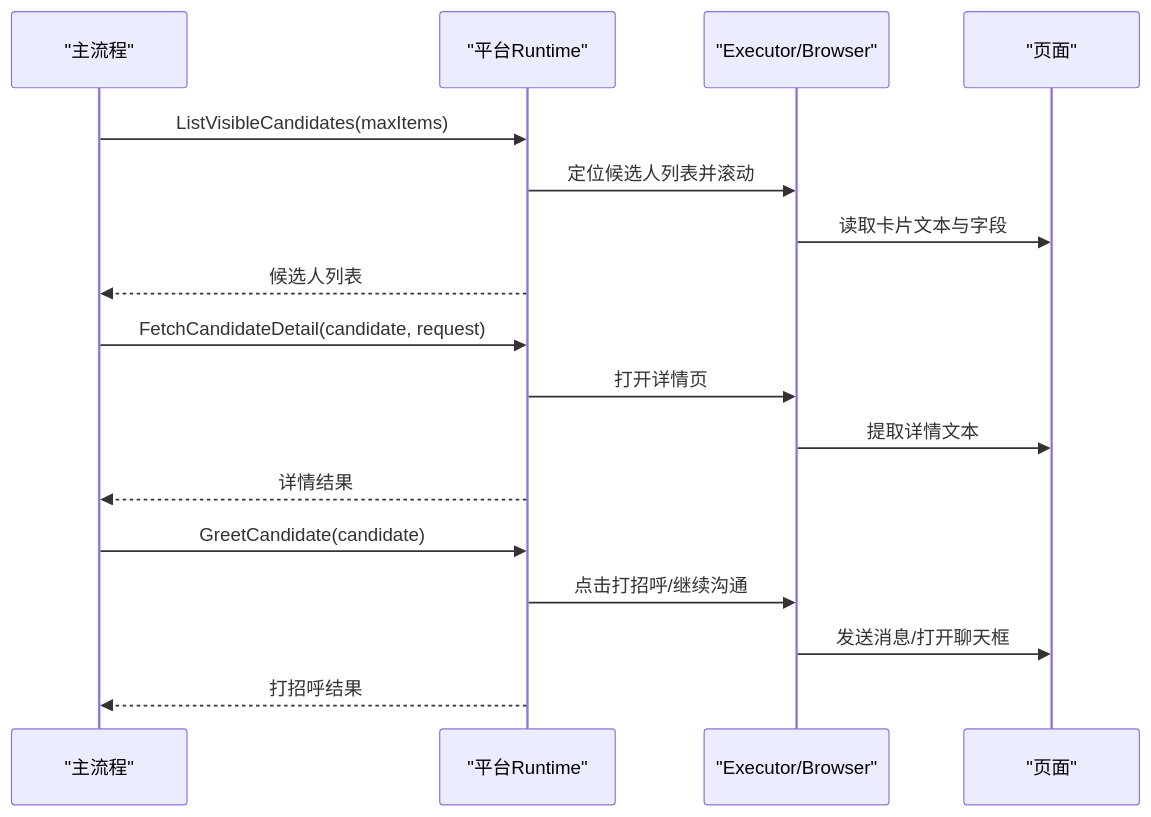
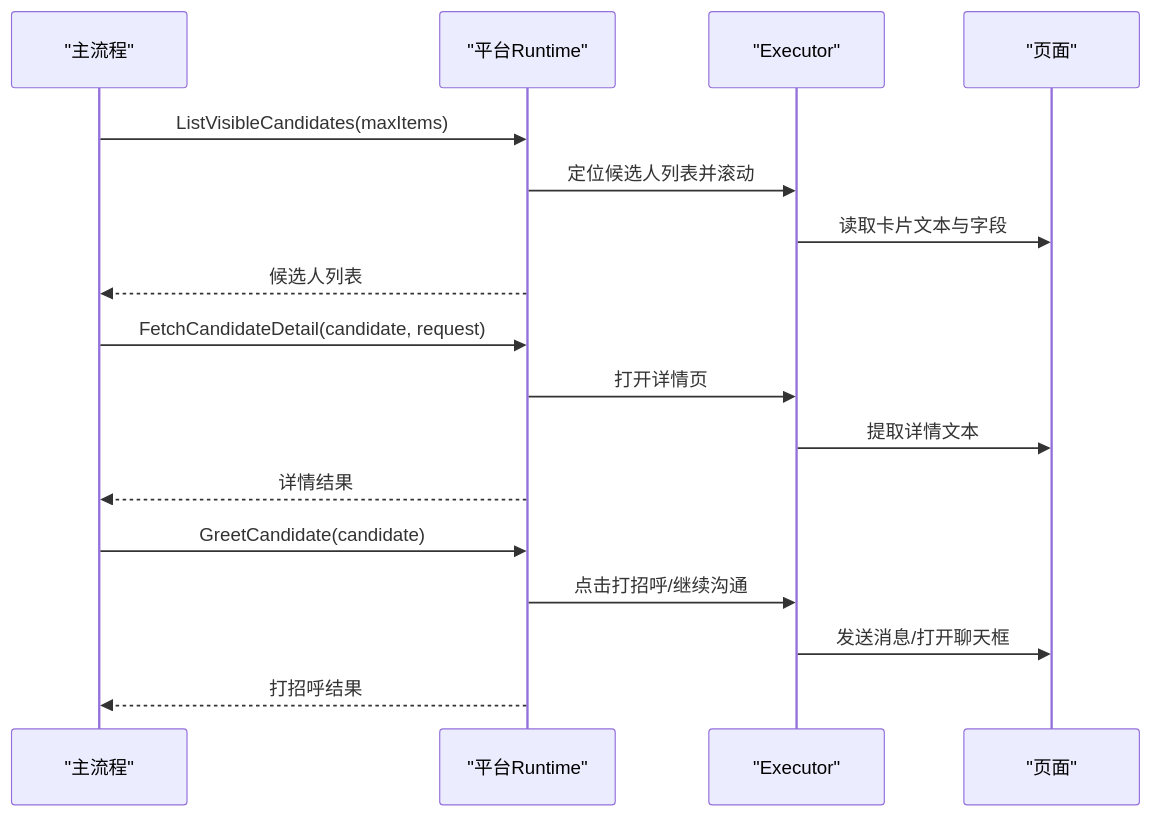
Before and after one commit to alvinwangzi/goodhr: the eighth of 9 diagrams in .qoder/repowiki/zh/content/系统架构/本地Agent架构/平台适配器系统/平台适配器系统.md, drawn with Mermaid. The commit also changed other lines of this file and 10 other files, not shown here.

````diff
--- a/.qoder/repowiki/zh/content/系统架构/本地Agent架构/平台适配器系统/平台适配器系统.md
+++ b/.qoder/repowiki/zh/content/系统架构/本地Agent架构/平台适配器系统/平台适配器系统.md
@@ -387,19 +285,19 @@
 ```mermaid
 sequenceDiagram
 participant Runner as "主流程"
 participant RT as "平台Runtime"
-participant Exec as "Executor/Browser"
+participant Exec as "Executor"
 participant Page as "页面"
 Runner->>RT : ListVisibleCandidates(maxItems)
 RT->>Exec : 定位候选人列表并滚动
 Exec->>Page : 读取卡片文本与字段
 RT-->>Runner : 候选人列表
 Runner->>RT : FetchCandidateDetail(candidate, request)
 RT->>Exec : 打开详情页
 Exec->>Page : 提取详情文本
 RT-->>Runner : 详情结果
 Runner->>RT : GreetCandidate(candidate)
 RT->>Exec : 点击打招呼/继续沟通
 Exec->>Page : 发送消息/打开聊天框
 RT-->>Runner : 打招呼结果
 ```
````
